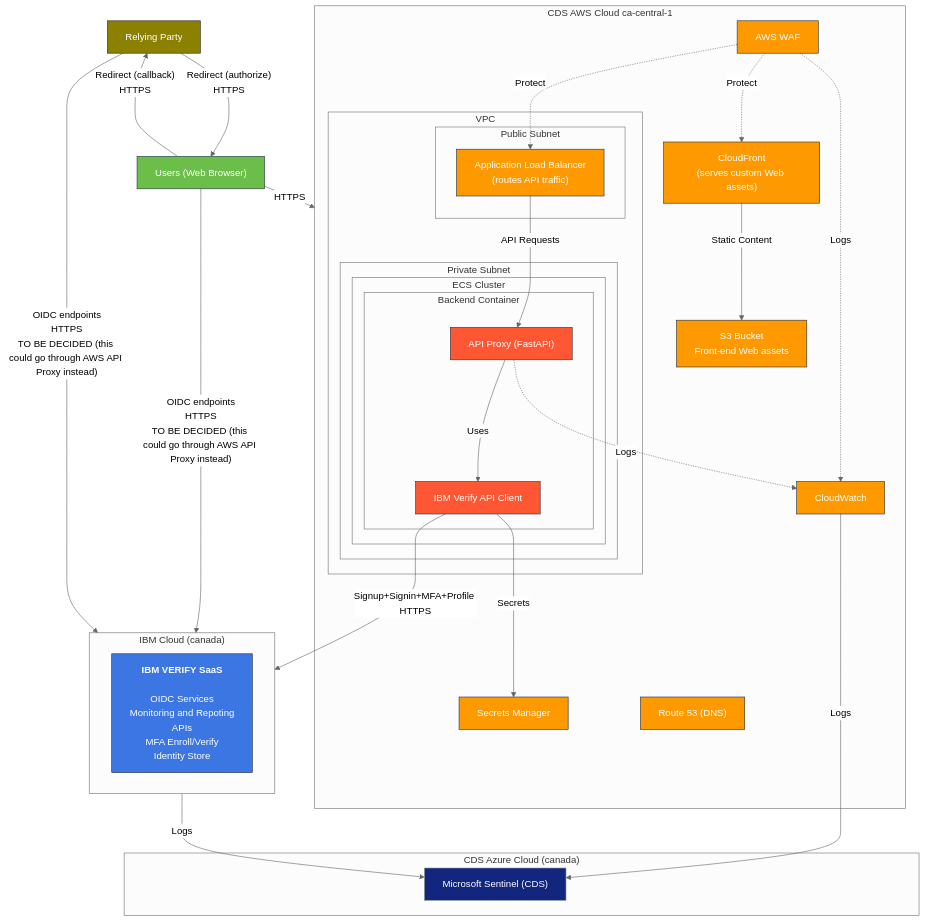
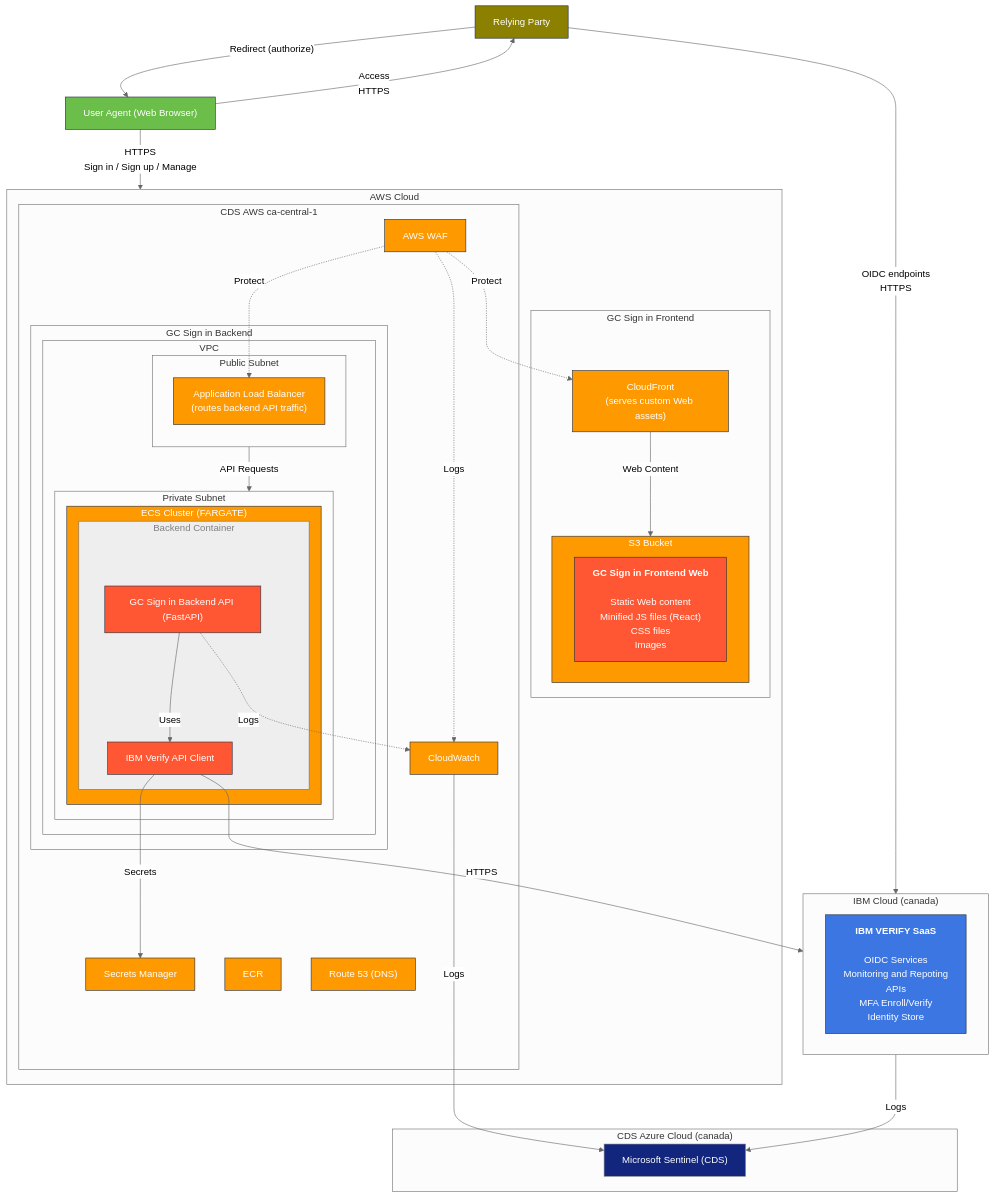
The diagram in docs/architecture/gc-signin-aws-system-architecture.mmd (cds-snc/canadalogin-user-selfservice-webapp), drawn with Mermaid before and after one commit. The commit also changed 3 other files, not shown here.

First line of the commit message:
386 update solution architecture diagram based on proxy discussion (RFC-005) (#388)

```diff
--- a/docs/architecture/gc-signin-aws-system-architecture.mmd
+++ b/docs/architecture/gc-signin-aws-system-architecture.mmd
@@ -1,75 +1,84 @@
 %%{init: {'theme':'neutral'}}%%
 graph TB
-    subgraph AWS["CDS AWS Cloud ca-central-1"]
-        subgraph "VPC"
-            subgraph PublicSubnet["Public Subnet"]
-                ALB["Application Load Balancer<br/>(routes API traffic)"]
-            end
+    RelyingParty[Relying Party]
+    WebBrowser["User Agent (Web Browser)"]
 
-            subgraph "Private Subnet"
-                subgraph "ECS Cluster"
-                    subgraph "Backend Container"
-                        APIProxy["API Proxy (FastAPI)"]
-                        APIClient["IBM Verify API Client"]
-                    end
-                end
 
+    subgraph AWS["AWS Cloud"]
+        subgraph GC Sign in Frontend
+            CloudFront["CloudFront<br/>(serves custom Web assets)"]
+            subgraph S3[S3 Bucket]
+                GCSigninFrontEnd["<strong>GC Sign in Frontend Web</strong><br/><br/>Static Web content<br/>Minified JS files (React)<br/>CSS files<br/>Images"]
             end
         end
 
-        CloudWatch[CloudWatch]
-        SecretsManager[Secrets Manager]
-        CloudFront["CloudFront<br/>(serves custom Web assets)"]
-        Route53["Route 53 (DNS)"]
-        S3[S3 Bucket<br/>Front-end Web assets]
-        WAF[AWS WAF]
+        subgraph AWSCanada["CDS AWS ca-central-1"]
+            subgraph GC Sign in Backend
+                subgraph "VPC"
+                    subgraph PublicSubnet["Public Subnet"]
+                        ALB["Application Load Balancer<br/>(routes backend API traffic)"]
+                    end
 
-        
+                    subgraph PrivateSubnet["Private Subnet"]
+                        subgraph ECS["ECS Cluster (FARGATE)"]
+                            subgraph BackendContainer["Backend Container"]
+                                APIBackend["GC Sign in Backend API (FastAPI)"]
+                                APIClient["IBM Verify API Client"]
+                            end
+                        end
+                    end
+                end
+            end
+
+            CloudWatch[CloudWatch]
+            SecretsManager[Secrets Manager]
+            ECR["ECR"]
+            Route53["Route 53 (DNS)"]
+            WAF[AWS WAF]
+        end
     end
 
     subgraph IBMVerify["IBM Cloud (canada)"]
         IBMVerifyFeatures["<strong>IBM VERIFY SaaS</strong><br/><br/>OIDC Services<br/>Monitoring and Repoting<br/>APIs<br/>MFA Enroll/Verify<br/>Identity Store"]
     end
 
-    RelyingParty[Relying Party]
-    WebBrowser["Users (Web Browser)"]
-
     subgraph Azure["CDS Azure Cloud (canada)"]
         Sentinel["Microsoft Sentinel (CDS)"]
     end
     
     %% Connections
-    WebBrowser -->|"OIDC endpoints<br/>HTTPS<br/>TO BE DECIDED (this could go through AWS API Proxy instead)"| IBMVerify
-    WebBrowser -->|"HTTPS"| AWS
-    CloudFront -->|Static Content| S3
+    WebBrowser-->|"Access<br/>HTTPS"| RelyingParty
+    WebBrowser----->|"HTTPS<br/>Sign in / Sign up / Manage"| AWS
+    RelyingParty-->|"OIDC endpoints<br/>HTTPS"| IBMVerify
+    RelyingParty-->|"Redirect (authorize)"| WebBrowser
+    CloudFront -->|Web Content| S3
     WAF -.->|Protect| ALB
     WAF -.->|Protect| CloudFront
-    ALB -->|API Requests| APIProxy
-    APIClient -->|Signup+Signin+MFA+Profile HTTPS| IBMVerify
+    PublicSubnet -->|API Requests| PrivateSubnet
+    APIBackend-->|Uses| APIClient
+    APIClient -->|HTTPS| IBMVerify
     APIClient -->|Secrets| SecretsManager
-    RelyingParty-->|"OIDC endpoints<br/>HTTPS<br/>TO BE DECIDED (this could go through AWS API Proxy instead)"| IBMVerify
-    RelyingParty-->|"Redirect (authorize)<br/>HTTPS"| WebBrowser
-    WebBrowser-->|"Redirect (callback)<br/>HTTPS"| RelyingParty
-    APIProxy-->|Uses| APIClient
 
     %% Monitoring
     WAF -.->|Logs| CloudWatch
-    APIProxy -.->|Logs| CloudWatch
+    APIBackend -.->|Logs| CloudWatch
     CloudWatch -->|Logs| Sentinel
     IBMVerify -->|Logs| Sentinel
 
     %% Styling
     classDef aws fill:#FF9900,stroke:#232F3E,color:white;
     classDef gcsignin fill:#FF5733,stroke:#232F3E,color:white;
     classDef ibm fill:#3B76e2,stroke:#232F3E,color:white;
     classDef ibmchild fill:#1B46C2,stroke:#232F3E,color:white;
     classDef users fill:#6BBE49,stroke:#232F3E,color:white;
     classDef rp fill:#8B8000,stroke:#232F3E,color:white;
     classDef azure fill:#12267d,stroke:#23F3E,color:white;
+    classDef docker fill:#EEEEEE,stroke:#23F3E,color:grey;
 
-    class Route53,CloudFront,ALB,WAF,CFWAF,ECS,CloudWatch,SecretsManager,WAFLogs,S3 aws;
+    class Route53,CloudFront,ALB,WAF,CFWAF,ECS,ECR,CloudWatch,SecretsManager,WAFLogs,S3 aws;
     class IBMVerifyFeatures ibm;
     class WebBrowser users;
     class RelyingParty rp;
-    class GCSigninFrontEnd,APIProxy,APIClient gcsignin;
+    class GCSigninFrontEnd,APIBackend,APIClient gcsignin;
     class Sentinel azure;
+    class BackendContainer docker;
```
